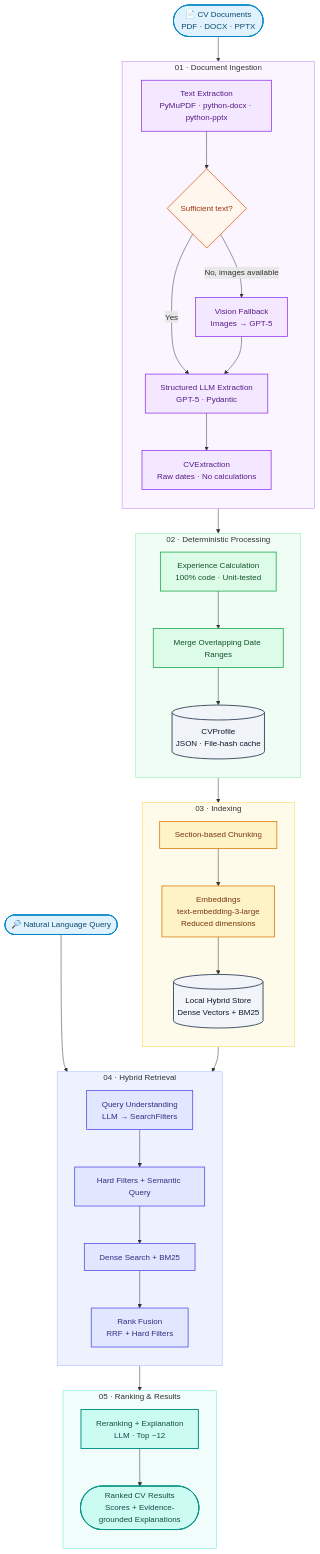
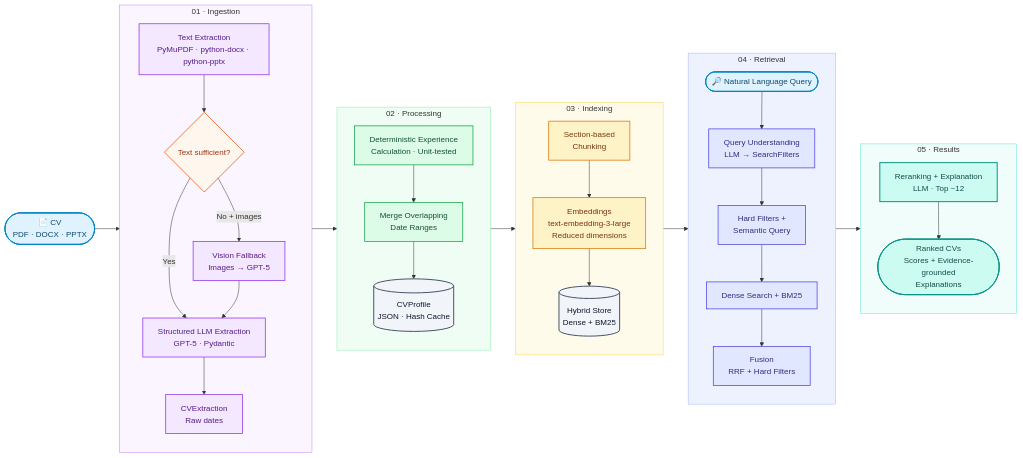
One commit to HamdiM99/HybridRag changed the diagram in README.md. Above: the diagram before and after it, drawn with Mermaid.

````diff
--- a/README.md
+++ b/README.md
@@ -24,56 +24,55 @@
 ```mermaid
-flowchart TB
-    CV(["📄 CV Documents<br/>PDF · DOCX · PPTX"])
+flowchart LR
+    CV(["📄 CV<br/>PDF · DOCX · PPTX"])
 
-    subgraph ING["01 · Document Ingestion"]
+    subgraph ING["01 · Ingestion"]
         direction TB
         EXT["Text Extraction<br/>PyMuPDF · python-docx · python-pptx"]
-        CHECK{"Sufficient text?"}
+        CHECK{"Text sufficient?"}
         VIS["Vision Fallback<br/>Images → GPT-5"]
         LLM["Structured LLM Extraction<br/>GPT-5 · Pydantic"]
-        RAW["CVExtraction<br/>Raw dates · No calculations"]
+        RAW["CVExtraction<br/>Raw dates"]
 
         EXT --> CHECK
         CHECK -->|Yes| LLM
-        CHECK -->|No, images available| VIS
+        CHECK -->|No + images| VIS
         VIS --> LLM
         LLM --> RAW
     end
 
-    subgraph PROC["02 · Deterministic Processing"]
+    subgraph PROC["02 · Processing"]
         direction TB
-        EXP["Experience Calculation<br/>100% code · Unit-tested"]
-        MERGE["Merge Overlapping Date Ranges"]
-        PROFILE[("CVProfile<br/>JSON · File-hash cache")]
+        EXP["Deterministic Experience<br/>Calculation · Unit-tested"]
+        MERGE["Merge Overlapping<br/>Date Ranges"]
+        PROFILE[("CVProfile<br/>JSON · Hash Cache")]
 
         EXP --> MERGE --> PROFILE
     end
 
     subgraph IDX["03 · Indexing"]
         direction TB
-        CHUNK["Section-based Chunking"]
+        CHUNK["Section-based<br/>Chunking"]
         EMB["Embeddings<br/>text-embedding-3-large<br/>Reduced dimensions"]
-        STORE[("Local Hybrid Store<br/>Dense Vectors + BM25")]
+        STORE[("Hybrid Store<br/>Dense + BM25")]
 
         CHUNK --> EMB --> STORE
     end
 
-    QUERY(["🔎 Natural Language Query"])
+    subgraph RET["04 · Retrieval"]
+        direction TB
+        QUERY(["🔎 Natural Language Query"])
+        PARSE["Query Understanding<br/>LLM → SearchFilters"]
+        FILTER["Hard Filters +<br/>Semantic Query"]
+        SEARCH["Dense Search + BM25"]
+        RRF["Fusion<br/>RRF + Hard Filters"]
 
-    subgraph RET["04 · Hybrid Retrieval"]
-        direction TB
-        PARSE["Query Understanding<br/>LLM → SearchFilters"]
-        FILTER["Hard Filters + Semantic Query"]
-        SEARCH["Dense Search + BM25"]
-        RRF["Rank Fusion<br/>RRF + Hard Filters"]
-
-        PARSE --> FILTER --> SEARCH --> RRF
+        QUERY --> PARSE --> FILTER --> SEARCH --> RRF
     end
 
-    subgraph RANK["05 · Ranking & Results"]
+    subgraph RANK["05 · Results"]
         direction TB
         RERANK["Reranking + Explanation<br/>LLM · Top ~12"]
-        OUT(["Ranked CV Results<br/>Scores + Evidence-grounded Explanations"])
+        OUT(["Ranked CVs<br/>Scores + Evidence-grounded<br/>Explanations"])
 
         RERANK --> OUT
     end
@@ -81,7 +80,6 @@
     CV --> EXT
     RAW --> EXP
     PROFILE --> CHUNK
-    QUERY --> PARSE
     STORE --> SEARCH
     RRF --> RERANK
 
@@ -108,4 +106,5 @@
     style IDX fill:#FFFBEB,stroke:#FCD34D,stroke-width:1px
     style RET fill:#EEF2FF,stroke:#A5B4FC,stroke-width:1px
     style RANK fill:#F0FDFA,stroke:#5EEAD4,stroke-width:1px
+
 ```
````
